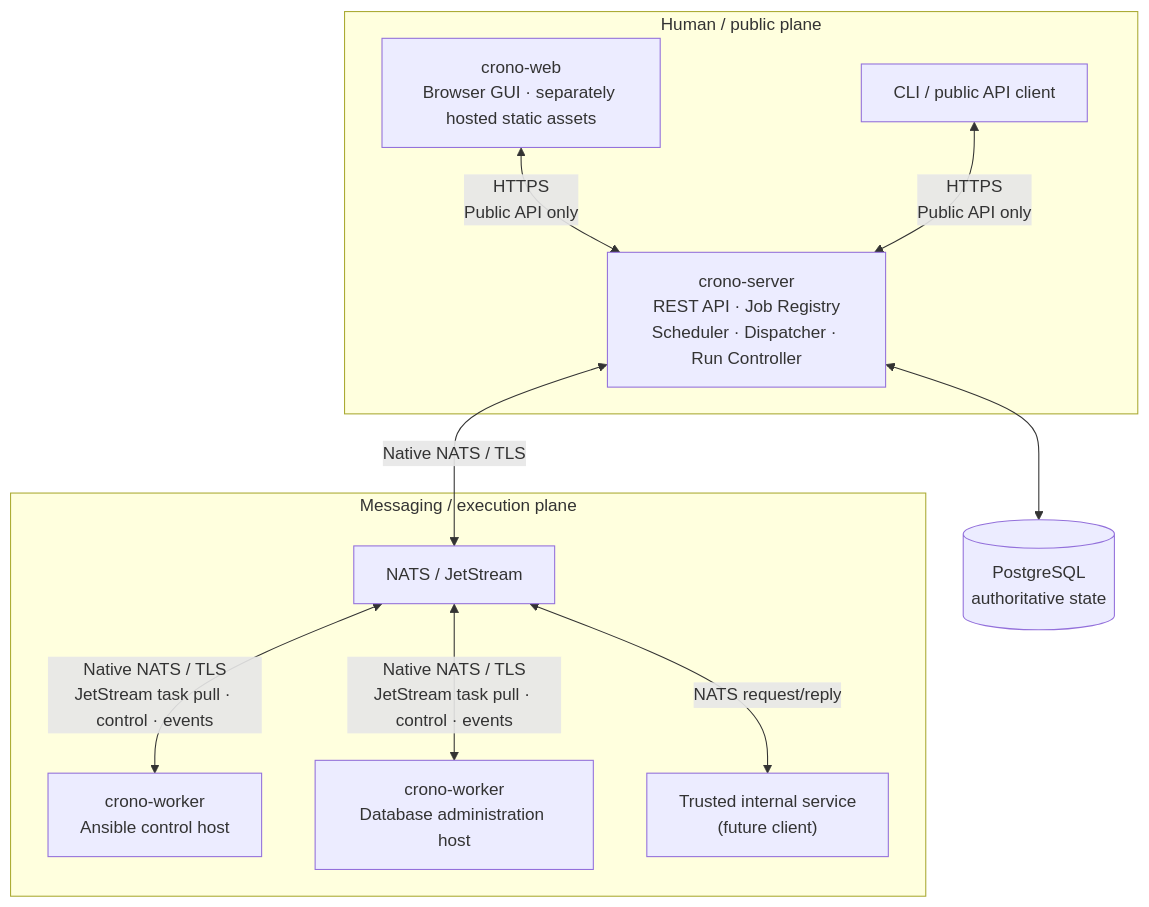
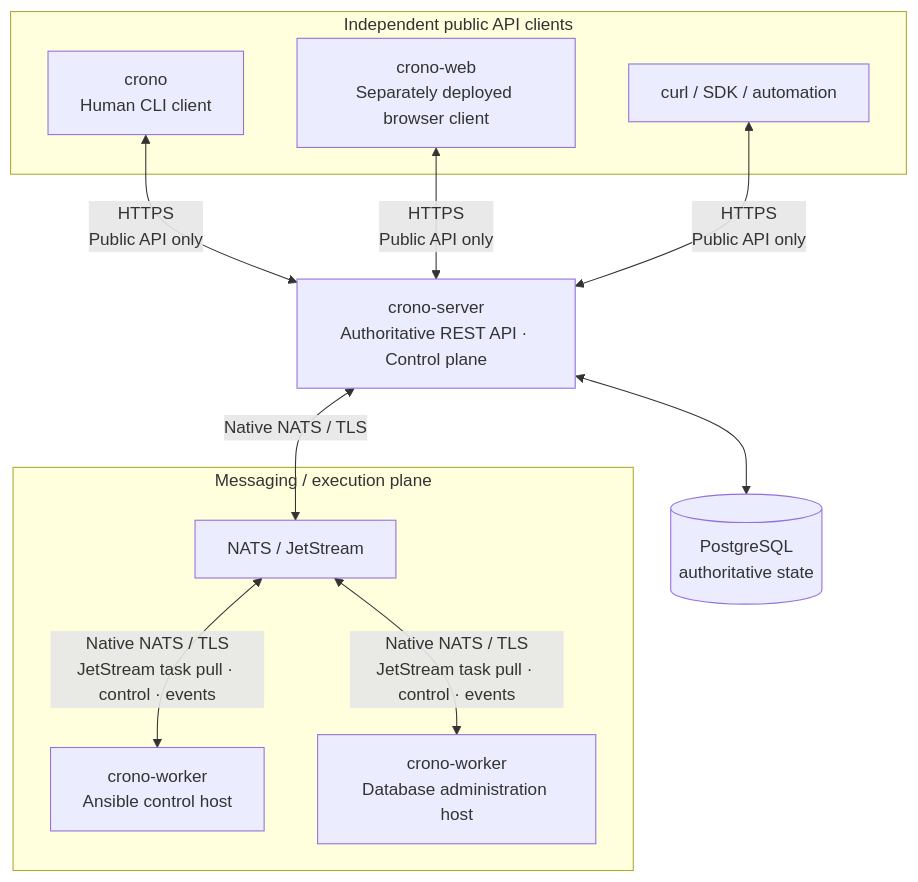
One commit to crono-io/crono changed the diagram in README.md. Above: the diagram before and after it, drawn with Mermaid. The commit also changed other lines of this file and 79 other files, not shown here.

Commit message:
Establish Crono control-plane and client foundations

````diff
--- a/README.md
+++ b/README.md
@@ -81,25 +136,26 @@
 ```mermaid
 flowchart TB
-    subgraph Public["Human / public plane"]
-        Web["crono-web<br/>Browser GUI · separately hosted static assets"]
-        Client["CLI / public API client"]
-        Server["crono-server<br/>REST API · Job Registry<br/>Scheduler · Dispatcher · Run Controller"]
-        Web <-->|"HTTPS<br/>Public API only"| Server
-        Client <-->|"HTTPS<br/>Public API only"| Server
+    subgraph Clients["Independent public API clients"]
+        CLI["crono<br/>Human CLI client"]
+        Web["crono-web<br/>Separately deployed browser client"]
+        Other["curl / SDK / automation"]
     end
+
+    Server["crono-server<br/>Authoritative REST API · Control plane"]
+    CLI <-->|"HTTPS<br/>Public API only"| Server
+    Web <-->|"HTTPS<br/>Public API only"| Server
+    Other <-->|"HTTPS<br/>Public API only"| Server
 
     PG[("PostgreSQL<br/>authoritative state")]
     Server <--> PG
 
     subgraph Messaging["Messaging / execution plane"]
         NATS["NATS / JetStream"]
         W1["crono-worker<br/>Ansible control host"]
         W2["crono-worker<br/>Database administration host"]
-        Trusted["Trusted internal service<br/>(future client)"]
         NATS <-->|"Native NATS / TLS<br/>JetStream task pull · control · events"| W1
         NATS <-->|"Native NATS / TLS<br/>JetStream task pull · control · events"| W2
-        NATS <-->|"NATS request/reply"| Trusted
     end
 
     Server <-->|"Native NATS / TLS"| NATS
 ```
````
